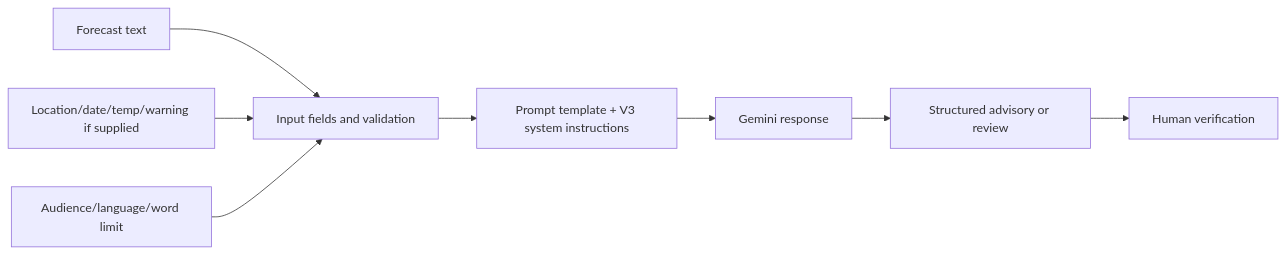
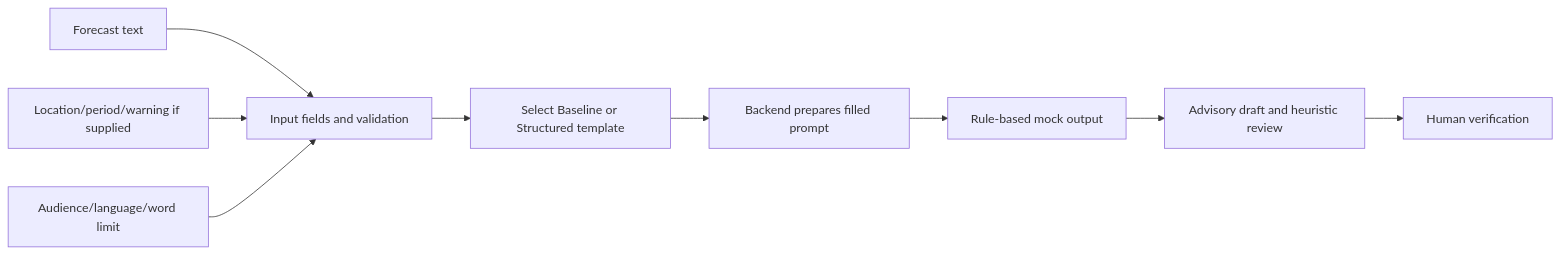
Before and after one commit to ramanjaneyareddy15/heatguard-ai-g15: the diagram in docs/diagrams/input_output_flow.mmd, drawn with Mermaid.

Commit message:
Align HeatGuard documentation with Baseline and Structured options

```diff
--- a/docs/diagrams/input_output_flow.mmd
+++ b/docs/diagrams/input_output_flow.mmd
@@ -1,8 +1,9 @@
 flowchart LR
  A[Forecast text] --> V[Input fields and validation]
- L[Location/date/temp/warning if supplied] --> V
+ L[Location/period/warning if supplied] --> V
  U[Audience/language/word limit] --> V
- V --> P[Prompt template + V3 system instructions]
- P --> M[Gemini response]
- M --> O[Structured advisory or review]
+ V --> P[Select Baseline or Structured template]
+ P --> B[Backend prepares filled prompt]
+ B --> M[Rule-based mock output]
+ M --> O[Advisory draft and heuristic review]
  O --> H[Human verification]
```
